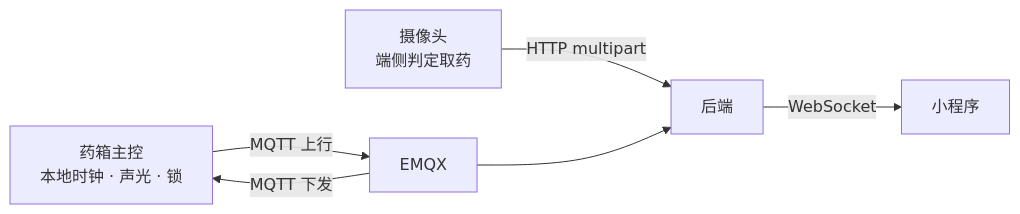
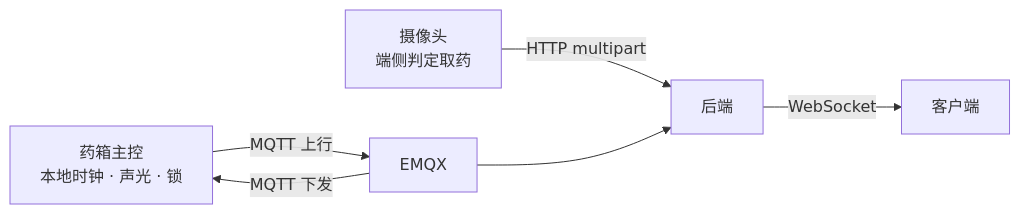
Before and after one commit to Louisyoung7/medbox: the diagram in docs/单片机与摄像头联调对接.md, drawn with Mermaid. The commit also changed other lines of this file and 28 other files, not shown here.

````diff
--- a/docs/单片机与摄像头联调对接.md
+++ b/docs/单片机与摄像头联调对接.md
@@ -11,8 +11,8 @@
 ```mermaid
 flowchart LR
   MCU["药箱主控<br/>本地时钟 · 声光 · 锁"] -->|MQTT 上行| EMQX["EMQX"]
   EMQX -->|MQTT 下发| MCU
   CAM["摄像头<br/>端侧判定取药"] -->|HTTP multipart| API["后端"]
   EMQX --> API
-  API -->|WebSocket| APP["小程序"]
+  API -->|WebSocket| APP["客户端"]
 ```
````
